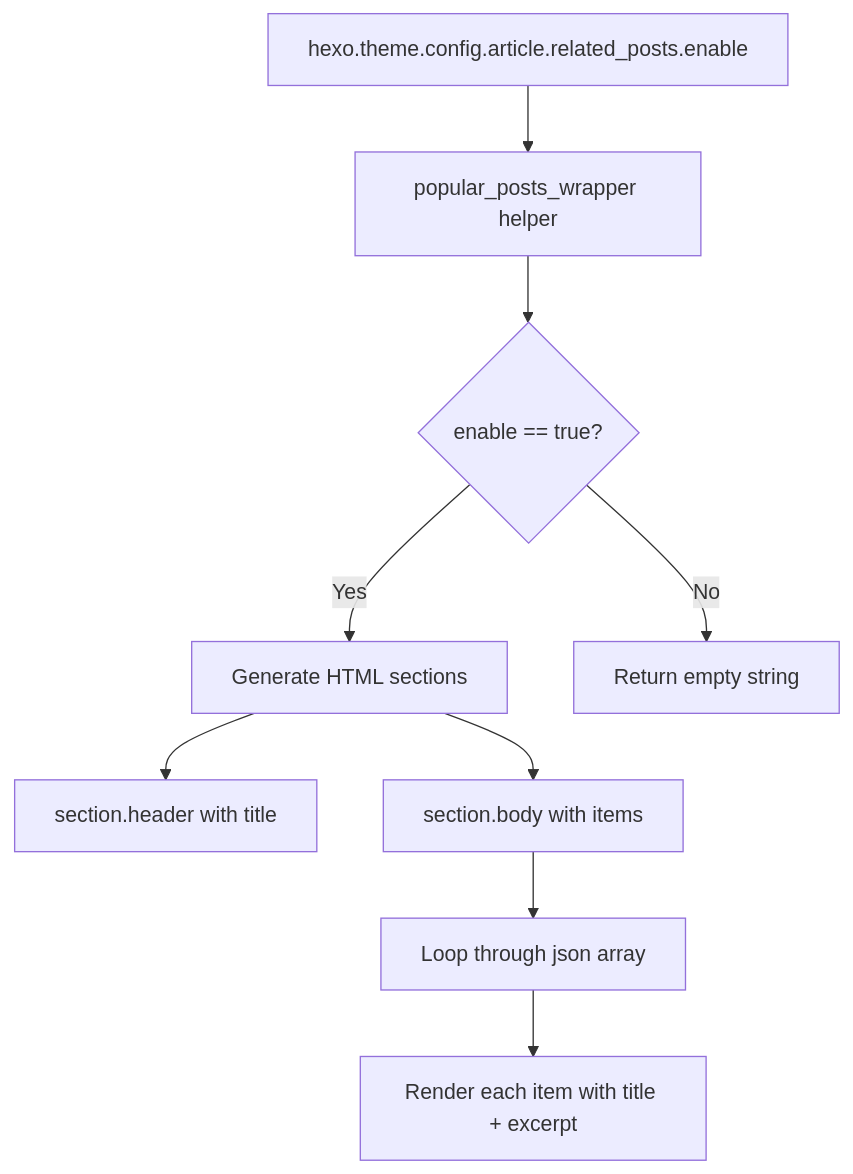
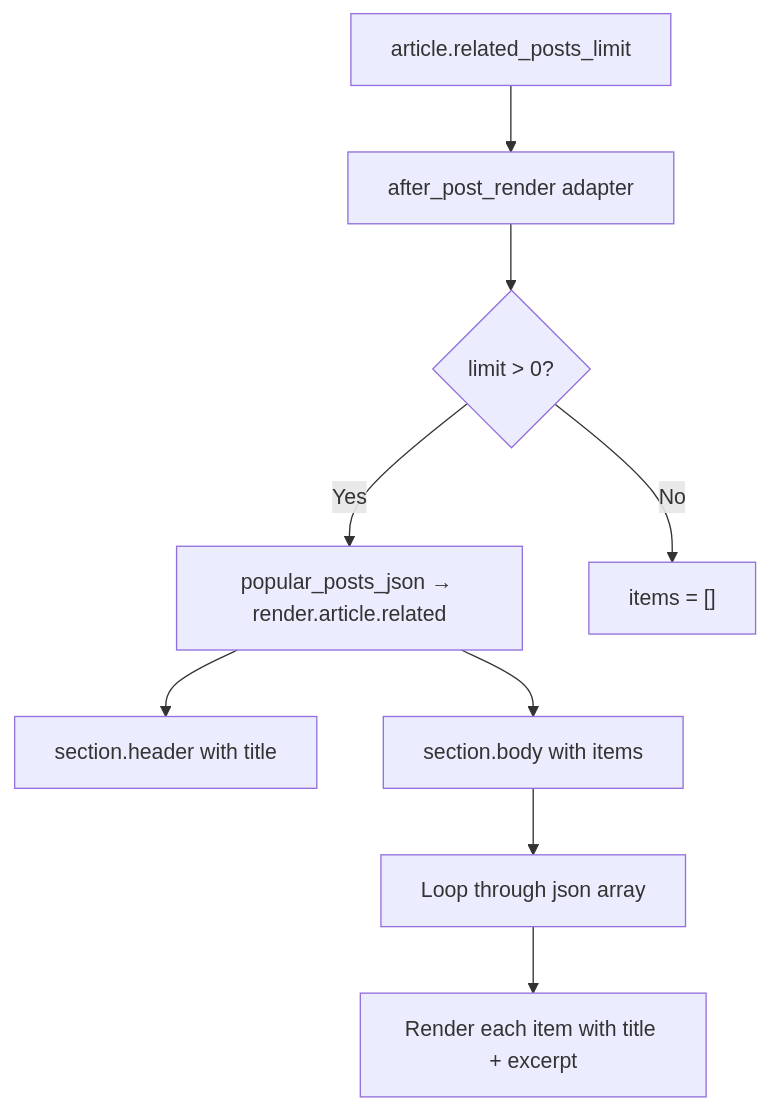
The first of 7 diagrams in docs/knowledge/03-内容系统/related-content.md (xaoxuu/hexo-theme-stellar), drawn with Mermaid before and after one commit. The commit also changed other lines of this file and 861 other files, not shown here.

````diff
--- a/docs/knowledge/03-内容系统/related-content.md
+++ b/docs/knowledge/03-内容系统/related-content.md
@@ -42,19 +45,19 @@
 ```mermaid
 flowchart TD
-    CONFIG["hexo.theme.config.article.related_posts.enable"]
-    HELPER["popular_posts_wrapper helper"]
-    CHECK{"enable == true?"}
-    GENERATE["Generate HTML sections"]
-    RETURN["Return empty string"]
+    CONFIG["article.related_posts_limit"]
+    HELPER["after_post_render adapter"]
+    CHECK{"limit > 0?"}
+    GENERATE["popular_posts_json → render.article.related"]
+    RETURN["items = []"]
     
     CONFIG --> HELPER
     HELPER --> CHECK
     CHECK -->|"Yes"| GENERATE
     CHECK -->|"No"| RETURN
     
     GENERATE --> HEADER["section.header with title"]
     GENERATE --> BODY["section.body with items"]
     
     BODY --> ITEMS["Loop through json array"]
     ITEMS --> ITEM["Render each item with title + excerpt"]
 ```
````
